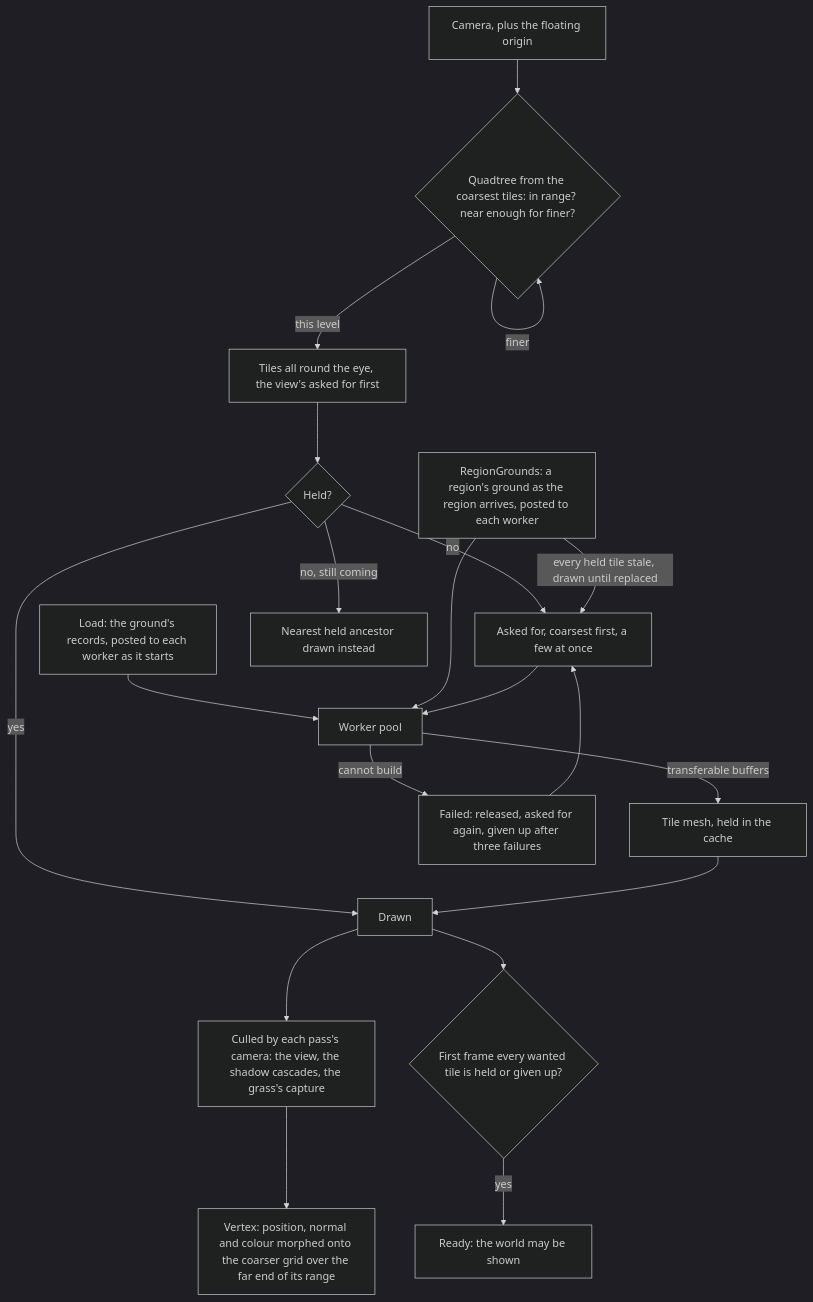
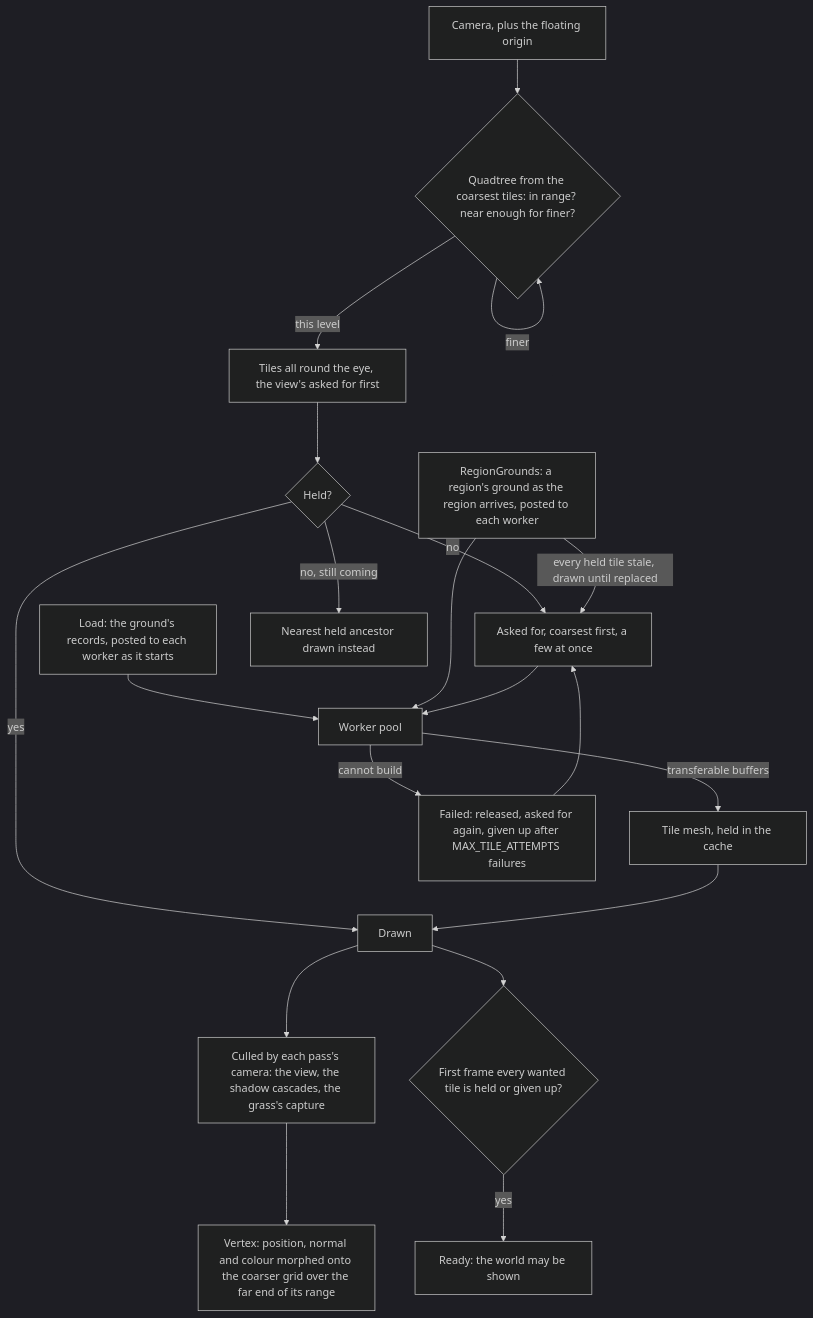
Before and after one commit to Esposter/Esposter: the diagram in openspec/specs/genshin/terrain/design.md, drawn with Mermaid (dark theme). The commit also changed other lines of this file and 41 other files, not shown here.

````diff
--- a/openspec/specs/genshin/terrain/design.md
+++ b/openspec/specs/genshin/terrain/design.md
@@ -7,22 +7,22 @@
 ```mermaid
 flowchart TD
   CAM[Camera, plus the floating origin] --> QT{Quadtree from the coarsest tiles: in range? near enough for finer?}
   QT -->|finer| QT
   QT -->|this level| W[Tiles all round the eye, the view's asked for first]
   W --> ST{Held?}
   ST -->|no| REQ[Asked for, coarsest first, a few at once]
   LOAD[Load: the ground's records, posted to each worker as it starts] --> WK
   RGN[RegionGrounds: a region's ground as the region arrives, posted to each worker] --> WK
   RGN -->|every held tile stale, drawn until replaced| REQ
   REQ --> WK[Worker pool]
   WK -->|transferable buffers| M[Tile mesh, held in the cache]
-  WK -->|cannot build| F[Failed: released, asked for again, given up after three failures]
+  WK -->|cannot build| F[Failed: released, asked for again, given up after MAX_TILE_ATTEMPTS failures]
   F --> REQ
   ST -->|yes| D[Drawn]
   ST -->|no, still coming| A[Nearest held ancestor drawn instead]
   M --> D
   D --> CULL[Culled by each pass's camera: the view, the shadow cascades, the grass's capture]
   CULL --> VS[Vertex: position, normal and colour morphed onto the coarser grid over the far end of its range]
   D --> RD{First frame every wanted tile is held or given up?}
   RD -->|yes| READY[Ready: the world may be shown]
 ```
````
